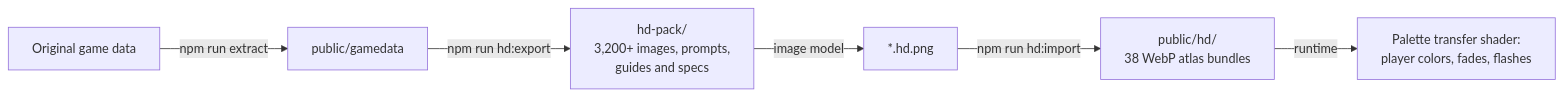
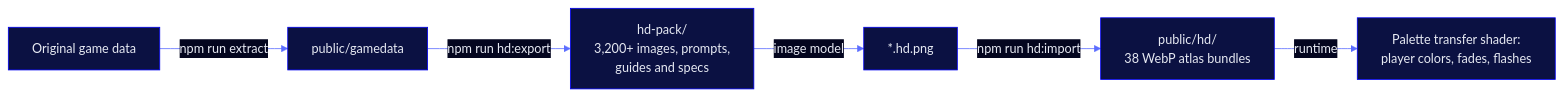
Before and after one commit to Jared-woodruff/OMF-2097-Remastered: the first of 2 diagrams in README.md, drawn with Mermaid. The commit also changed other lines of this file and 41 other files, not shown here.

````diff
--- a/README.md
+++ b/README.md
@@ -440,8 +432,9 @@
 ```mermaid
+%%{init: {'theme': 'base', 'themeVariables': {'background': '#04061f', 'primaryColor': '#0b1142', 'primaryTextColor': '#e7eaf3', 'primaryBorderColor': '#0000f3', 'secondaryColor': '#060926', 'tertiaryColor': '#04061f', 'lineColor': '#5a6cff', 'clusterBkg': '#060926', 'clusterBorder': '#2b3bcf', 'edgeLabelBackground': '#04061f'}}}%%
 flowchart LR
     A["Original game data"] -->|npm run extract| B["public/gamedata"]
     B -->|npm run hd:export| C["hd-pack/<br/>3,200+ images, prompts,<br/>guides and specs"]
     C -->|image model| D["*.hd.png"]
     D -->|npm run hd:import| E["public/hd/<br/>38 WebP atlas bundles"]
     E -->|runtime| F["Palette transfer shader:<br/>player colors, fades, flashes"]
 ```
````
